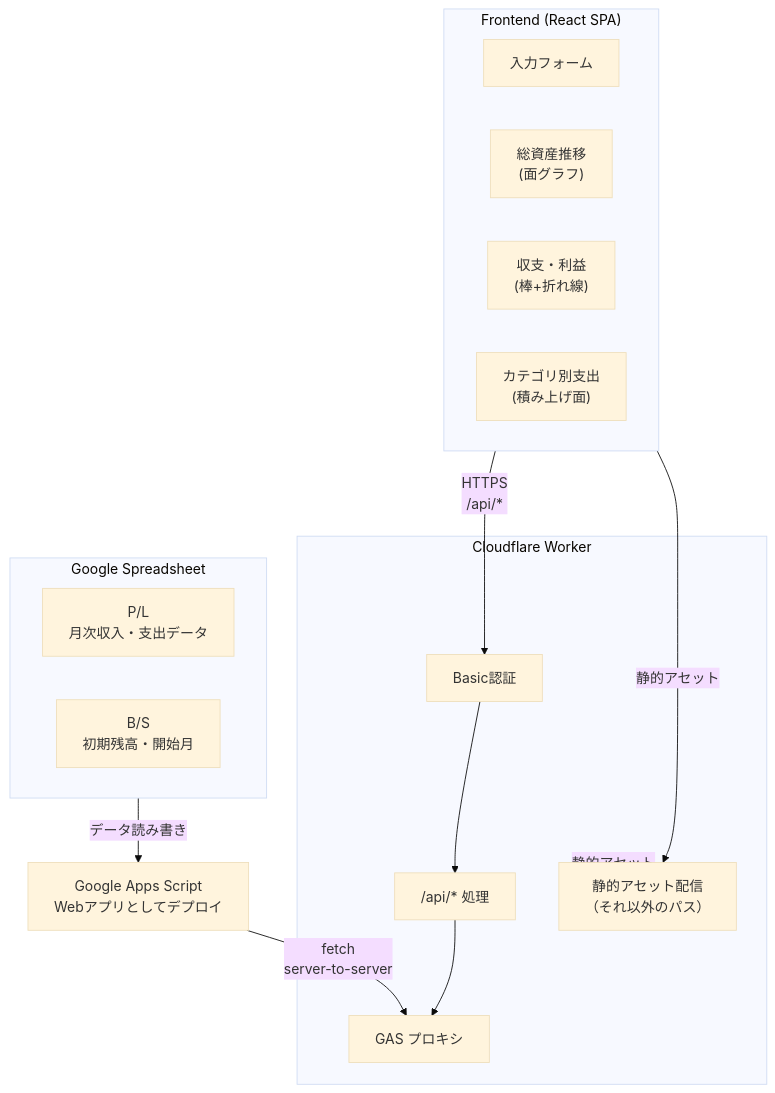
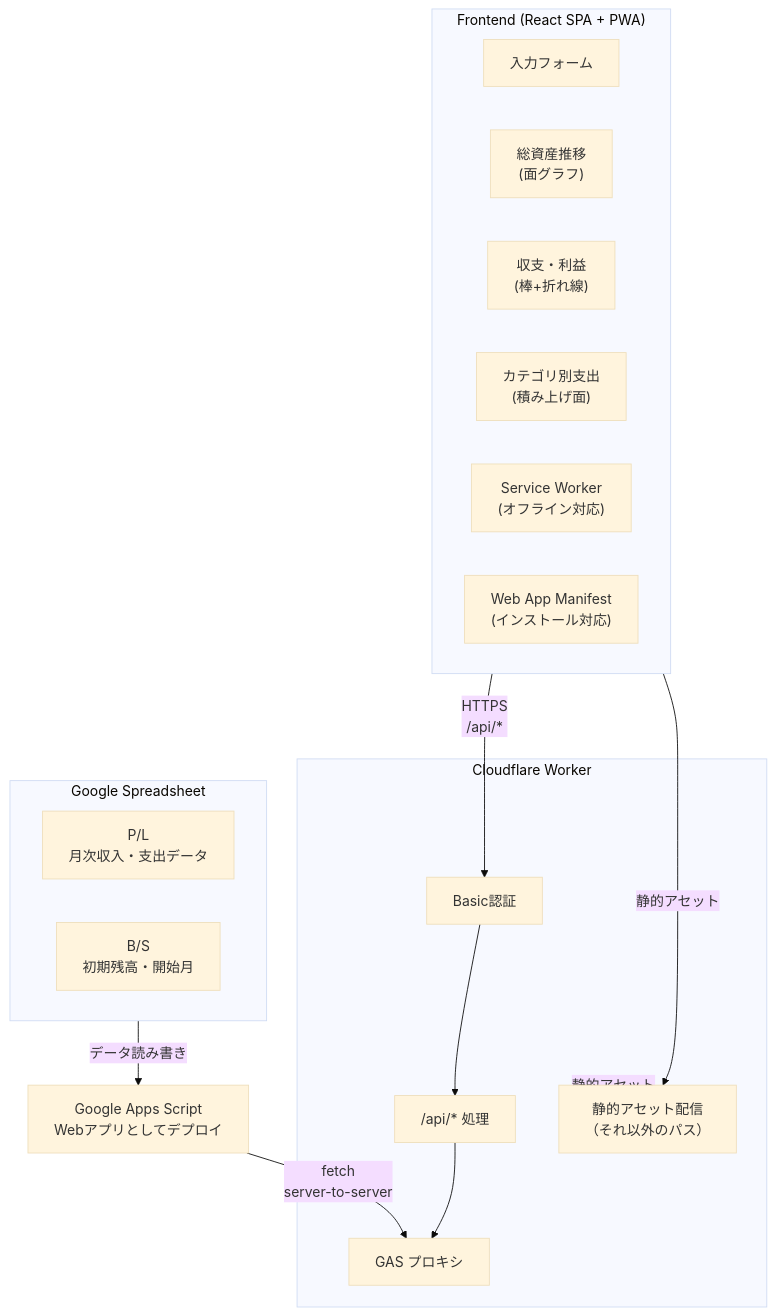
One commit to yjn279/expenses changed the diagram in docs/architecture.md. Above: the diagram before and after it, drawn with Mermaid (base theme). The commit also changed other lines of this file and 10 other files, not shown here.

````diff
--- a/docs/architecture.md
+++ b/docs/architecture.md
@@ -5,31 +5,33 @@
 ```mermaid
 graph TB
     subgraph Spreadsheet["Google Spreadsheet"]
         PL["P/L<br/>月次収入・支出データ"]
         BS["B/S<br/>初期残高・開始月"]
     end
     
     GAS["Google Apps Script<br/>Webアプリとしてデプロイ"]
     
     subgraph Worker["Cloudflare Worker"]
         Auth["Basic認証"]
         API["/api/* 処理"]
         Proxy["GAS プロキシ"]
         Static["静的アセット配信<br/>（それ以外のパス）"]
     end
     
-    subgraph Frontend["Frontend (React SPA)"]
+    subgraph Frontend["Frontend (React SPA + PWA)"]
         Form["入力フォーム"]
         Chart1["総資産推移<br/>(面グラフ)"]
         Chart2["収支・利益<br/>(棒+折れ線)"]
         Chart3["カテゴリ別支出<br/>(積み上げ面)"]
+        SW["Service Worker<br/>(オフライン対応)"]
+        Manifest["Web App Manifest<br/>(インストール対応)"]
     end
     
     Spreadsheet -->|データ読み書き| GAS
     GAS -->|fetch<br/>server-to-server| Proxy
     Auth --> API
     API --> Proxy
     Worker -->|静的アセット| Static
     Frontend -->|HTTPS<br/>/api/*| Auth
     Frontend -->|静的アセット| Static
 ```
````
